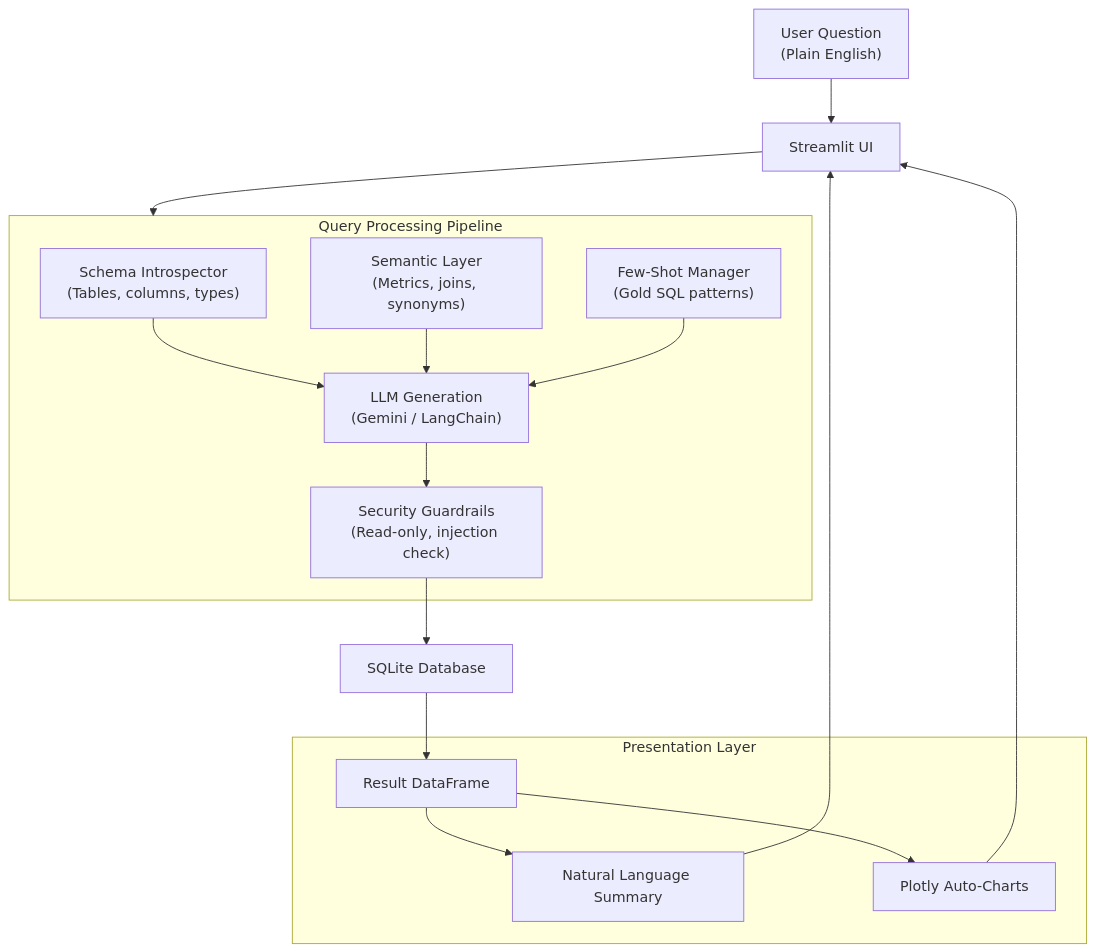
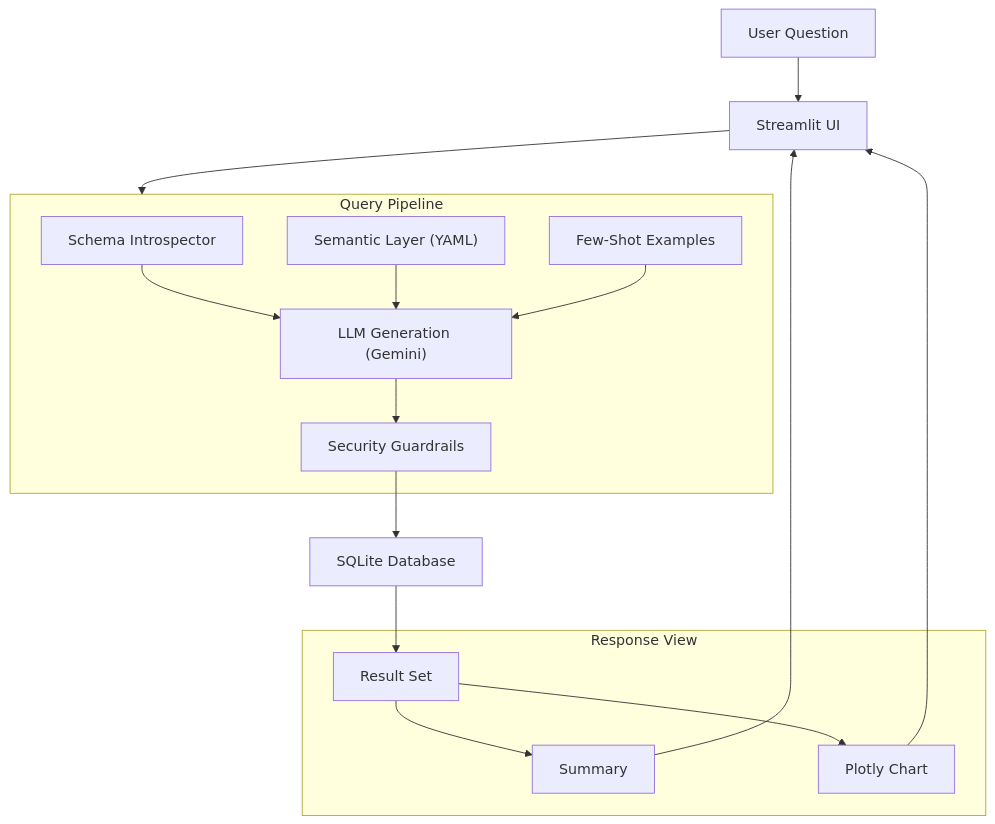
One commit to Vivek-295/DataTalk-AI changed the diagram in README.md. Above: the diagram before and after it, drawn with Mermaid. The commit also changed other lines of this file and 11 other files, not shown here.

````diff
--- a/README.md
+++ b/README.md
@@ -19,24 +19,24 @@
 ```mermaid
 flowchart TD
-    A["User Question\n(Plain English)"] --> B["Streamlit UI"]
+    A["User Question"] --> B["Streamlit UI"]
     
-    subgraph Pipeline ["Query Processing Pipeline"]
-        C["Schema Introspector\n(Tables, columns, types)"]
-        D["Semantic Layer\n(Metrics, joins, synonyms)"]
-        E["Few-Shot Manager\n(Gold SQL patterns)"]
+    subgraph Engine ["Query Pipeline"]
+        C["Schema Introspector"]
+        D["Semantic Layer (YAML)"]
+        E["Few-Shot Examples"]
         
-        C & D & E --> F["LLM Generation\n(Gemini / LangChain)"]
-        F --> G["Security Guardrails\n(Read-only, injection check)"]
+        C & D & E --> F["LLM Generation (Gemini)"]
+        F --> G["Security Guardrails"]
     end
     
-    B --> Pipeline
+    B --> Engine
     G --> H["SQLite Database"]
-    H --> I["Result DataFrame"]
+    H --> I["Result Set"]
     
-    subgraph Presentation ["Presentation Layer"]
-        I --> J["Natural Language Summary"]
-        I --> K["Plotly Auto-Charts"]
+    subgraph UI ["Response View"]
+        I --> J["Summary"]
+        I --> K["Plotly Chart"]
     end
     
     J & K --> B
 ```
````
